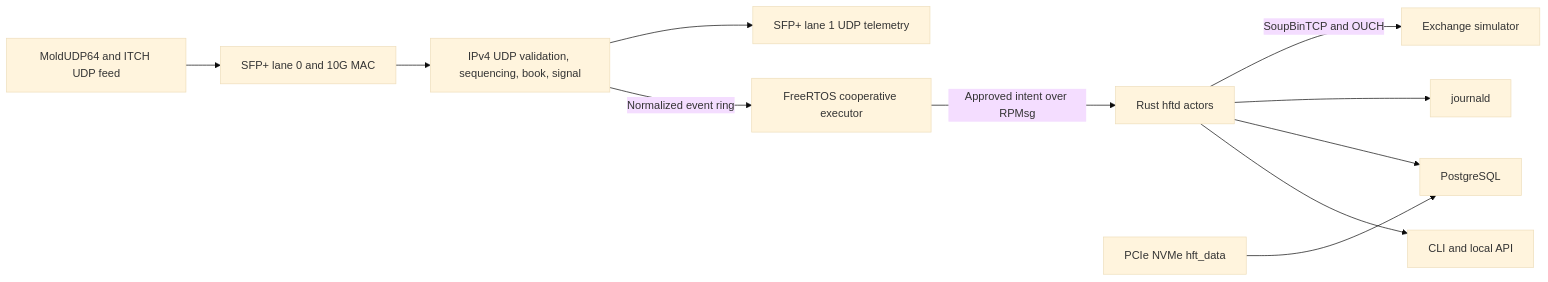
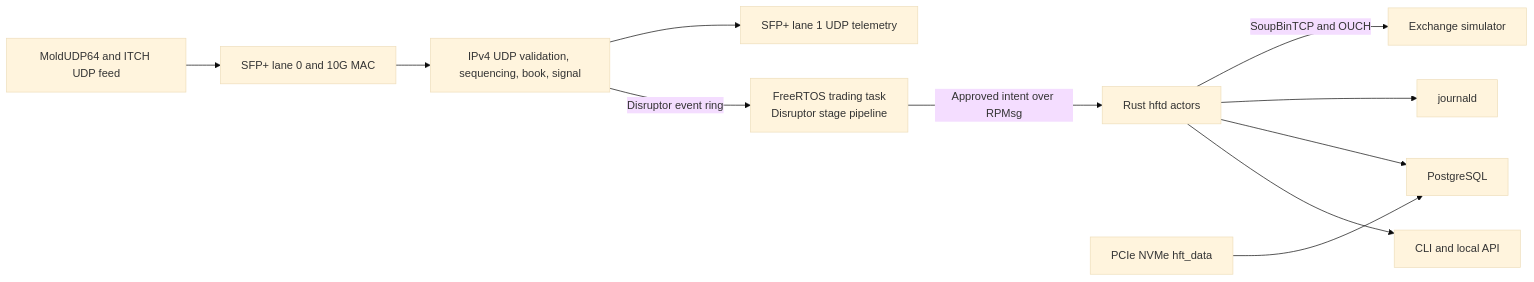
Before and after one commit to ps-chong/hft-toy-project: the diagram in docs/architecture/overview.md, drawn with Mermaid (base theme). The commit also changed other lines of this file and 74 other files, not shown here.

First line of the commit message:
docs: README with figures, workflow guides and refreshed architecture

````diff
--- a/docs/architecture/overview.md
+++ b/docs/architecture/overview.md
@@ -11,13 +11,13 @@
 ```mermaid
 flowchart LR
     Feed["MoldUDP64 and ITCH UDP feed"] --> Rx["SFP+ lane 0 and 10G MAC"]
     Rx --> PL["IPv4 UDP validation, sequencing, book, signal"]
     PL --> Tx["SFP+ lane 1 UDP telemetry"]
-    PL -->|Normalized event ring| R5["FreeRTOS cooperative executor"]
+    PL -->|Disruptor event ring| R5["FreeRTOS trading task<br/>Disruptor stage pipeline"]
     R5 -->|Approved intent over RPMsg| A53["Rust hftd actors"]
     A53 -->|SoupBinTCP and OUCH| Exchange["Exchange simulator"]
     A53 --> Journal["journald"]
     Nvme["PCIe NVMe hft_data"] --> Postgres["PostgreSQL"]
     A53 --> Postgres
     A53 --> Api["CLI and local API"]
 ```
````
